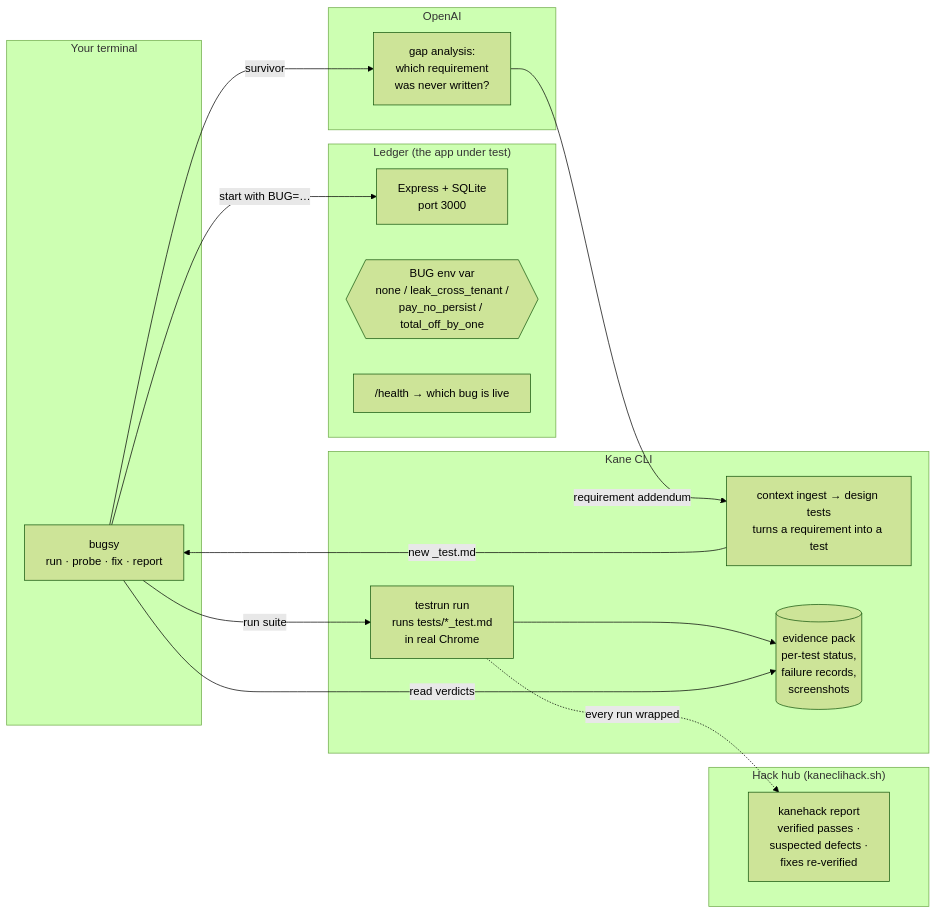
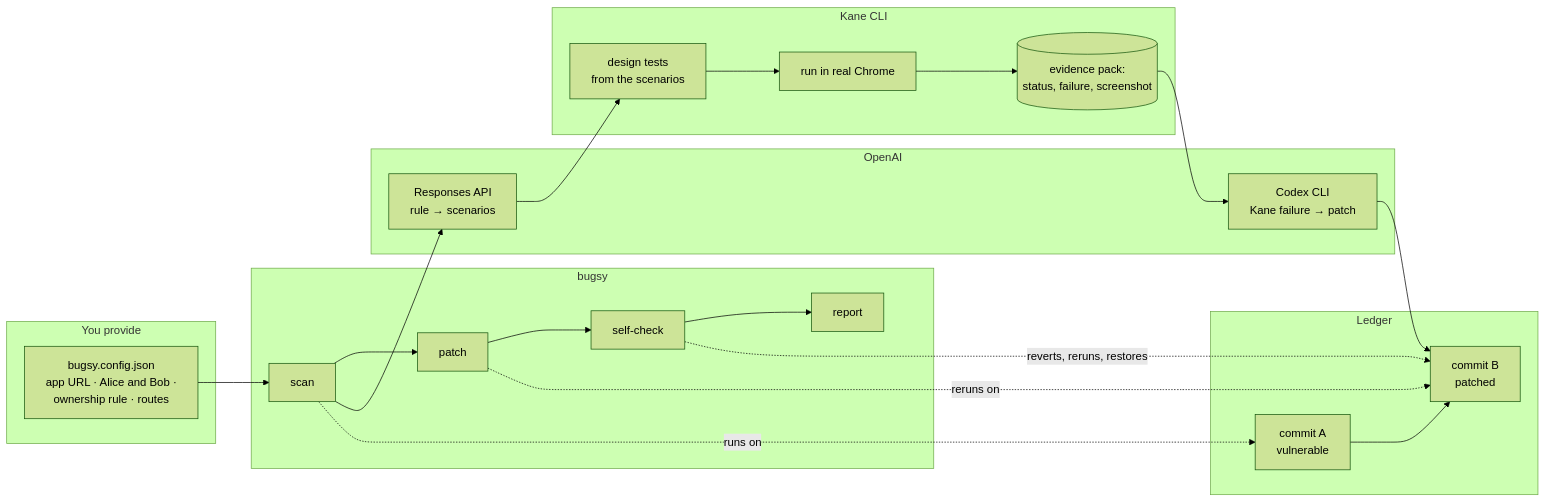
One commit to aayushkhator1994/bugsy changed the second of 6 diagrams in docs/how-it-works.md. Above: the diagram before and after it, drawn with Mermaid (forest theme). The commit also changed other lines of this file and 7 other files, not shown here.

Commit message:
Spec v2: security seatbelt (two-account authz checks, Codex patch, self-check); docs and review page updated

````diff
--- a/docs/how-it-works.md
+++ b/docs/how-it-works.md
@@ -25,30 +25,26 @@
 ```mermaid
 flowchart LR
-  subgraph you["Your terminal"]
-    CLI["bugsy<br/>run · probe · fix · report"]
+  subgraph in["You provide"]
+    CFG["bugsy.config.json<br/>app URL · Alice and Bob ·<br/>ownership rule · routes"]
   end
-  subgraph app["Ledger (the app under test)"]
-    L["Express + SQLite<br/>port 3000"]
-    SW{{"BUG env var<br/>none / leak_cross_tenant /<br/>pay_no_persist / total_off_by_one"}}
-    H["/health → which bug is live"]
+  subgraph cli["bugsy"]
+    SCAN["scan"] --> PATCH["patch"] --> SELF["self-check"] --> REP["report"]
+  end
+  subgraph oai["OpenAI"]
+    GEN["Responses API<br/>rule → scenarios"]
+    CDX["Codex CLI<br/>Kane failure → patch"]
   end
   subgraph kane["Kane CLI"]
-    T["testrun run<br/>runs tests/*_test.md<br/>in real Chrome"]
-    DZ["context ingest → design tests<br/>turns a requirement into a test"]
-    EV[("evidence pack<br/>per-test status,<br/>failure records,<br/>screenshots")]
+    DS["design tests<br/>from the scenarios"]
+    TR["run in real Chrome"]
+    EV[("evidence pack:<br/>status, failure, screenshot")]
   end
-  subgraph oai["OpenAI"]
-    G["gap analysis:<br/>which requirement<br/>was never written?"]
+  subgraph app["Ledger"]
+    A["commit A<br/>vulnerable"] --> B["commit B<br/>patched"]
   end
-  subgraph hub["Hack hub (kaneclihack.sh)"]
-    KR["kanehack report<br/>verified passes ·<br/>suspected defects ·<br/>fixes re-verified"]
-  end
-  CLI -->|"start with BUG=…"| L
-  CLI -->|run suite| T
-  T --> EV
-  CLI -->|read verdicts| EV
-  CLI -->|survivor| G
-  G -->|requirement addendum| DZ
-  DZ -->|new _test.md| CLI
-  T -.->|every run wrapped| KR
+  CFG --> SCAN --> GEN --> DS --> TR --> EV
+  EV --> CDX --> B
+  SCAN -. runs on .-> A
+  PATCH -. reruns on .-> B
+  SELF -. reverts, reruns, restores .-> B
 ```
````
